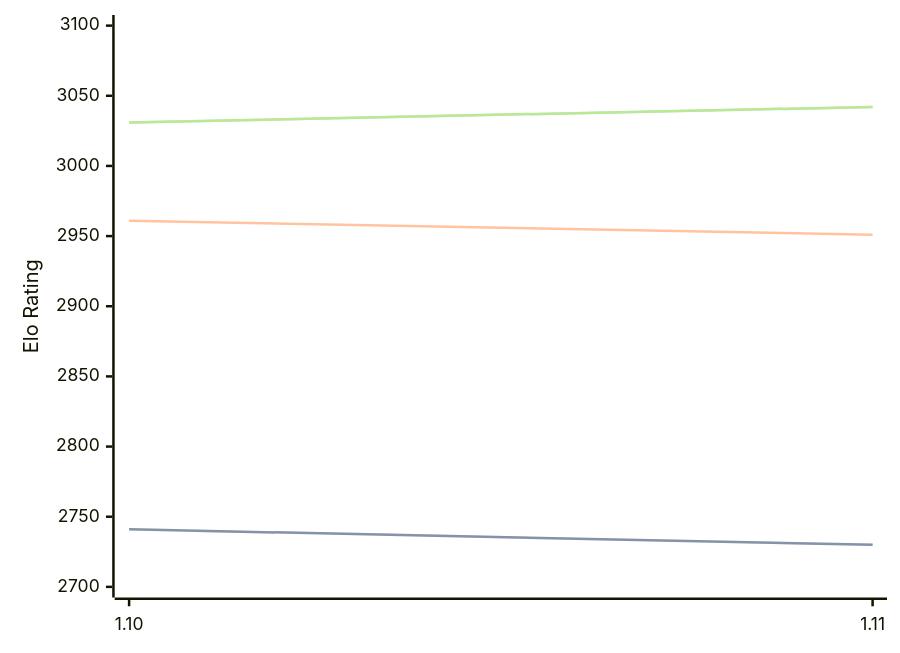
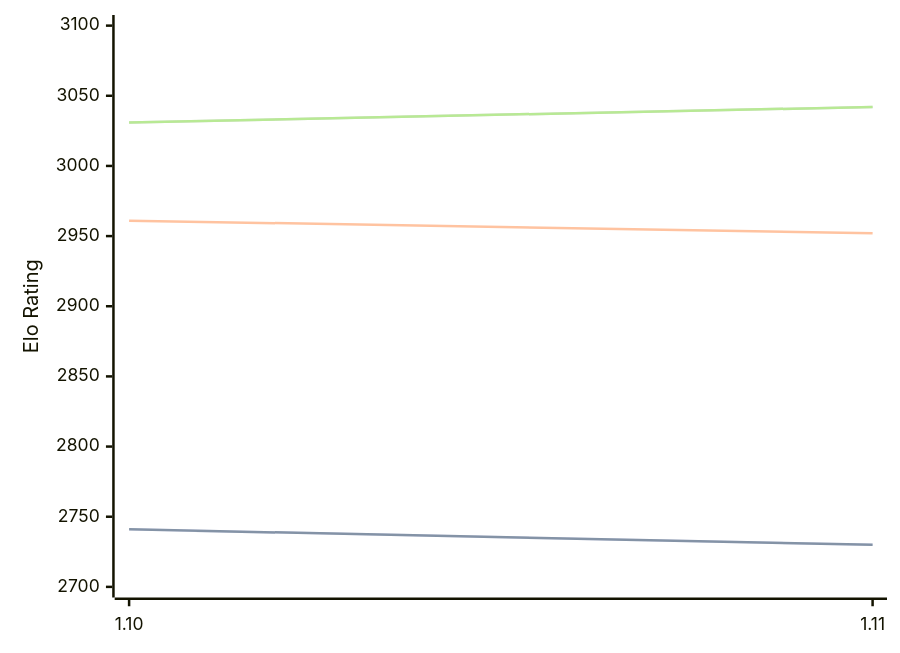
One commit to computer-chess-index/cci changed the diagram in engines/Roc.md. Above: the diagram before and after it, drawn with Mermaid. The commit also changed other lines of this file, not shown here.

````diff
--- a/engines/Roc.md
+++ b/engines/Roc.md
@@ -42,11 +42,11 @@
 ```mermaid
 %%{init: {"theme":"base","themeVariables":{"seriesColors:['#a3a3a3','#222221','#faa371']}}}%%
 xychart-beta
   x-axis ["1.10", "1.11"]
   y-axis "Elo Rating" 2700 --> 3100
   line "" [2741, 2730]
   line "STC (8.0+0.08s)" [2741, 2730]
-  line "LTC (60.0+0.60s)" [2961, 2951]
+  line "LTC (60.0+0.60s)" [2961, 2952]
   line "" [3031, 3042]
   line "VLTC (2m24s+1.12s)" [3031, 3042]
 ```
````
